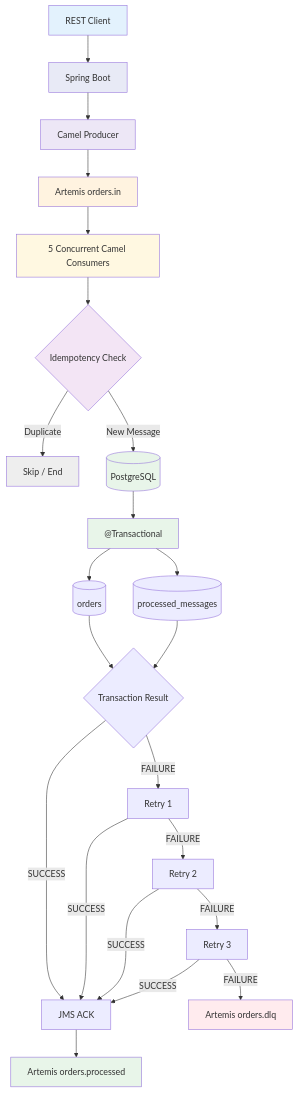
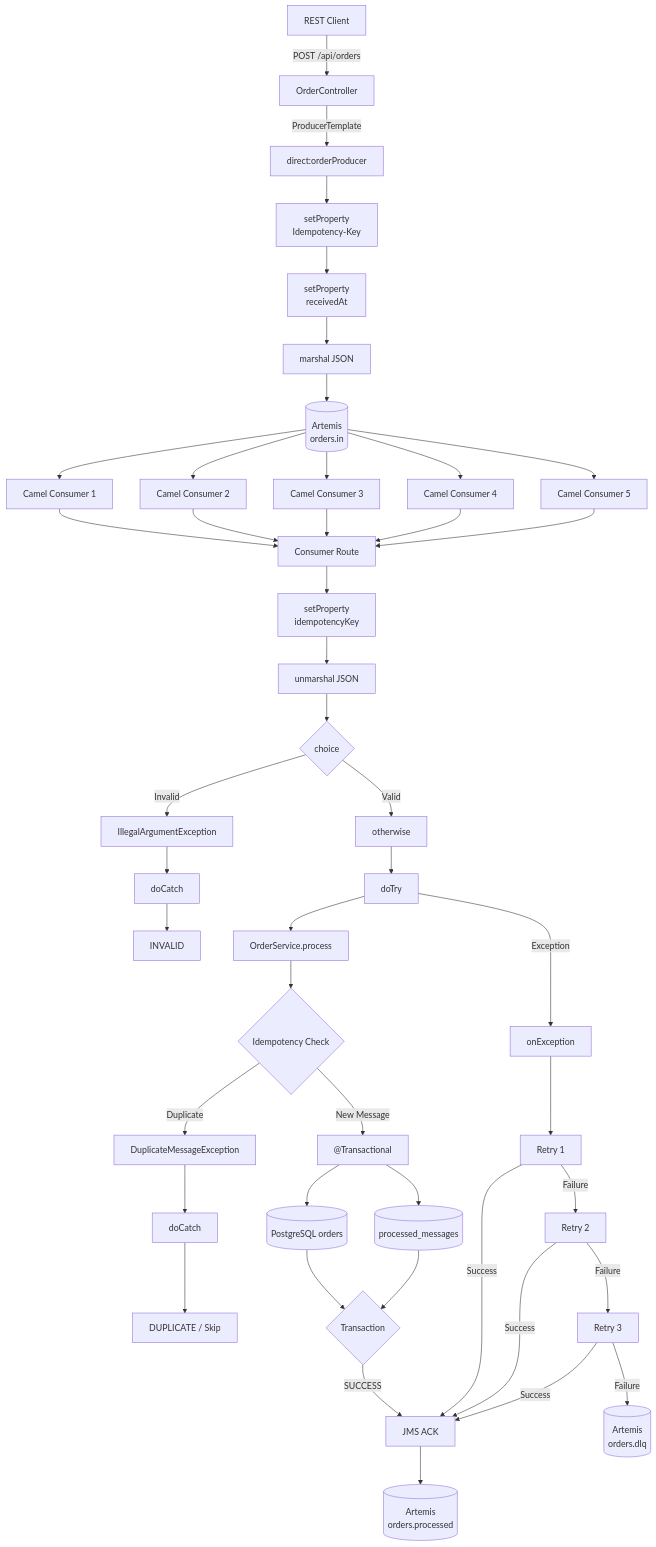
One commit to kaushleshtripathi/spring-boot-camel-artemis-xml-dsl-postgresql changed diagram 11 of 11 in README.md. Above: the diagram before and after it, drawn with Mermaid. The commit also changed other lines of this file, not shown here.

````diff
--- a/README.md
+++ b/README.md
@@ -82,47 +893,84 @@
 ```mermaid
 flowchart TD
 
-    A[REST Client] --> B[Spring Boot]
-    B --> C[Camel Producer]
-    C --> D[Artemis orders.in]
+    %% REST / PRODUCER
 
-    D --> E[5 Concurrent Camel Consumers]
+    A[REST Client] -->|POST /api/orders| B[OrderController]
 
-    E --> F{Idempotency Check}
+    B -->|ProducerTemplate| C[direct:orderProducer]
 
-    F -->|Duplicate| G[Skip / End]
-    F -->|New Message| H[(PostgreSQL)]
+    C --> D[setProperty<br/>Idempotency-Key]
 
-    H --> I["@Transactional"]
+    D --> E[setProperty<br/>receivedAt]
 
-    I --> J[(orders)]
-    I --> K[(processed_messages)]
+    E --> F[marshal JSON]
 
-    J --> L{Transaction Result}
-    K --> L
+    F --> G[(Artemis<br/>orders.in)]
 
-    L -->|SUCCESS| M[JMS ACK]
-    M --> N[Artemis orders.processed]
+    %% CONSUMERS
 
-    L -->|FAILURE| O[Retry 1]
-    O -->|FAILURE| P[Retry 2]
-    P -->|FAILURE| Q[Retry 3]
+    G --> H1[Camel Consumer 1]
+    G --> H2[Camel Consumer 2]
+    G --> H3[Camel Consumer 3]
+    G --> H4[Camel Consumer 4]
+    G --> H5[Camel Consumer 5]
 
-    O -->|SUCCESS| M
-    P -->|SUCCESS| M
-    Q -->|SUCCESS| M
+    H1 --> I[Consumer Route]
+    H2 --> I
+    H3 --> I
+    H4 --> I
+    H5 --> I
 
-    Q -->|FAILURE| R[Artemis orders.dlq]
+    %% TRANSFORMATION
 
-    style A fill:#e3f2fd
-    style B fill:#e8eaf6
-    style C fill:#ede7f6
-    style D fill:#fff3e0
-    style E fill:#fff8e1
-    style F fill:#f3e5f5
-    style H fill:#e8f5e9
-    style I fill:#e8f5e9
-    style N fill:#e8f5e9
-    style R fill:#ffebee
-    style G fill:#eeeeee
+    I --> J[setProperty<br/>idempotencyKey]
+    J --> K[unmarshal JSON]
+    K --> L{choice}
+
+    %% VALIDATION
+
+    L -->|Invalid| M[IllegalArgumentException]
+    M --> N[doCatch]
+    N --> O[INVALID]
+
+    %% PROCESSING
+
+    L -->|Valid| P[otherwise]
+    P --> Q[doTry]
+    Q --> R[OrderService.process]
+
+    %% IDEMPOTENCY
+
+    R --> S{Idempotency Check}
+
+    S -->|Duplicate| T[DuplicateMessageException]
+    T --> U[doCatch]
+    U --> V[DUPLICATE / Skip]
+
+    S -->|New Message| W["@Transactional"]
+
+    %% DATABASE
+
+    W --> X[(PostgreSQL orders)]
+    W --> Y[(processed_messages)]
+
+    X --> Z{Transaction}
+    Y --> Z
+
+    Z -->|SUCCESS| AA[JMS ACK]
+    AA --> AB[(Artemis<br/>orders.processed)]
+
+    %% FAILURE
+
+    Q -->|Exception| AC[onException]
+
+    AC --> AD[Retry 1]
+    AD -->|Failure| AE[Retry 2]
+    AE -->|Failure| AF[Retry 3]
+
+    AD -->|Success| AA
+    AE -->|Success| AA
+    AF -->|Success| AA
+
+    AF -->|Failure| AG[(Artemis<br/>orders.dlq)]
 ```
````
